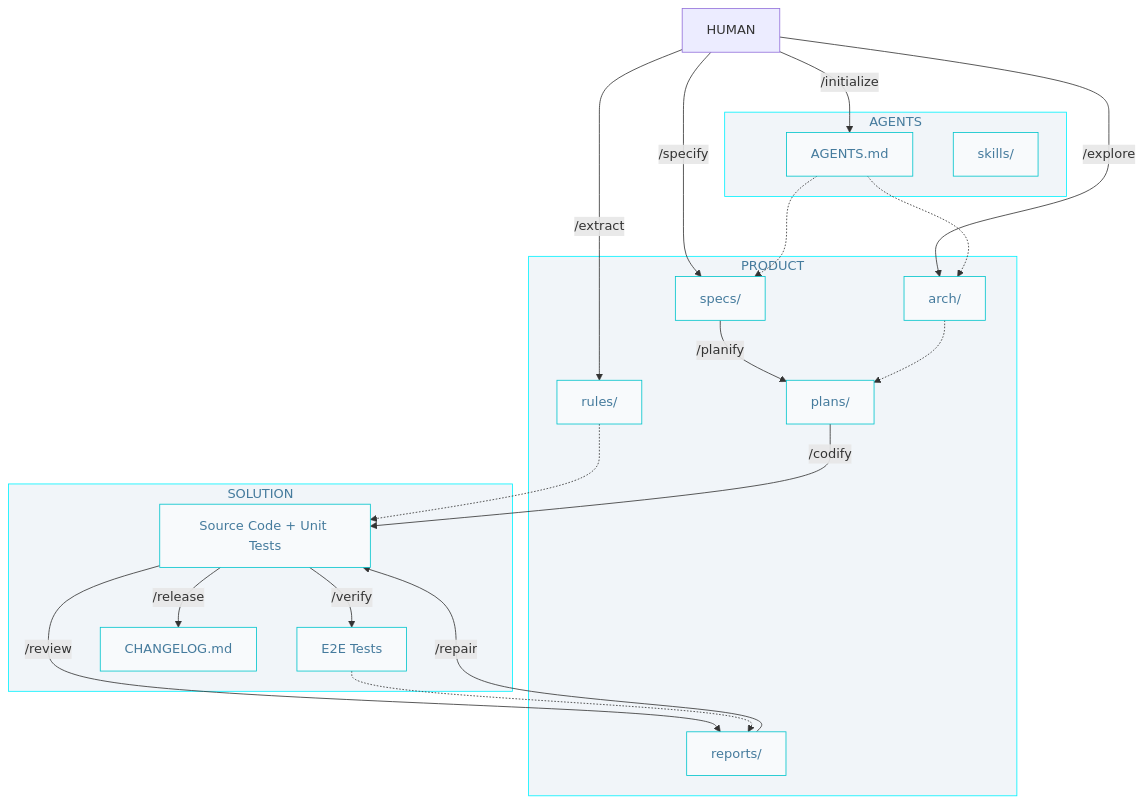
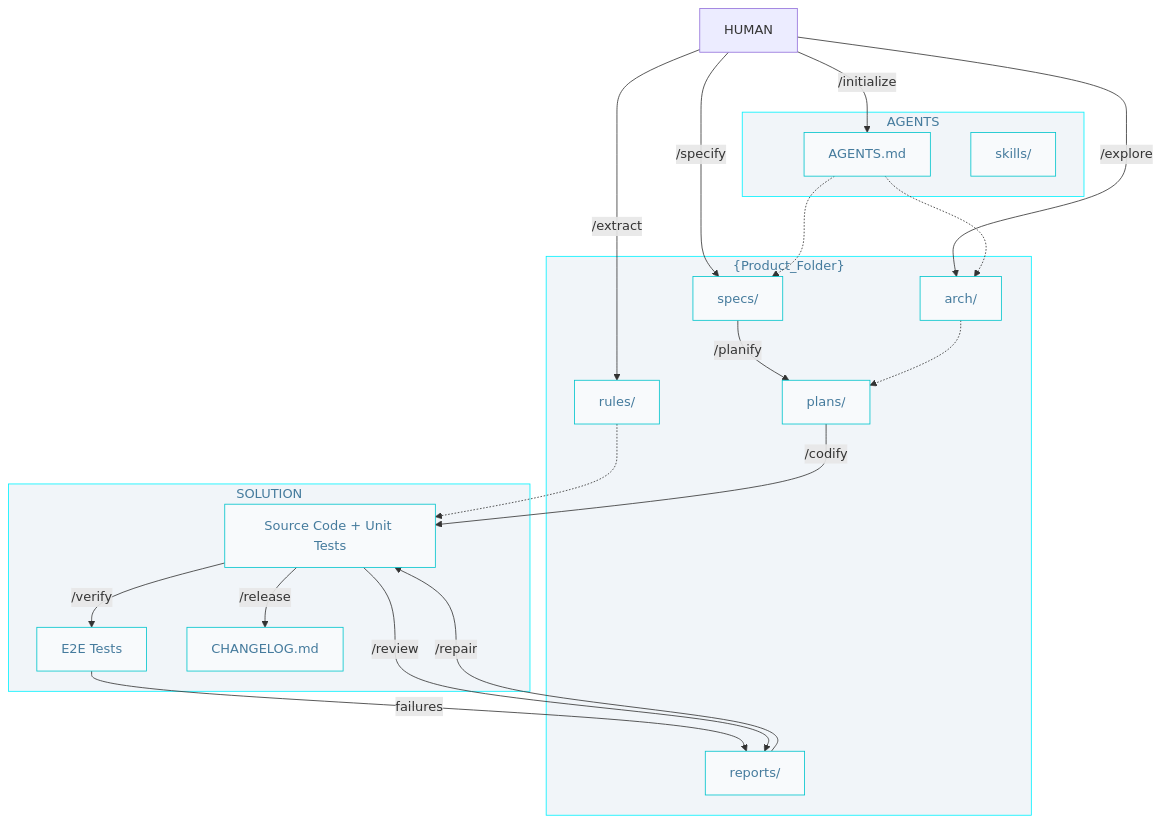
One commit to AIDDbot/AIDDbot changed the diagram in docs/AIDD.workflow.md. Above: the diagram before and after it, drawn with Mermaid. The commit also changed other lines of this file and 13 other files, not shown here.

````diff
--- a/docs/AIDD.workflow.md
+++ b/docs/AIDD.workflow.md
@@ -3,45 +3,45 @@
 ```mermaid
 flowchart TD
   classDef nd fill:#f8fafc,stroke:#00c4cc,color:#457b9d
   classDef sg fill:#f1f5f9,stroke:#00f2ff,color:#457b9d 
 
   HUM[HUMAN]
 
-  subgraph P["PRODUCT"]
+  subgraph P["{Product_Folder}"]
       SPC["specs/"]:::nd
       PLN["plans/"]:::nd
       RPT["reports/"]:::nd
       ARC["arch/"]:::nd
       RUL["rules/"]:::nd
   end
 
   subgraph A["AGENTS"]
       AGT["AGENTS.md"]:::nd
       SKL["skills/"]:::nd
   end  
 
   subgraph S["SOLUTION"]
       COD["Source Code + Unit Tests"]:::nd
       E2E["E2E Tests"]:::nd
       CHL["CHANGELOG.md"]:::nd
   end
 
   HUM -->|/initialize| AGT
   HUM -->|/explore| ARC
   HUM -->|/extract| RUL
   HUM -->|/specify| SPC
   AGT -.-> SPC  
   AGT -.-> ARC
   RUL -.-> COD  
   SPC -->|/planify| PLN
   ARC -.-> PLN
 
   PLN -->|/codify| COD
   COD -->|/verify| E2E
+  E2E -->|failures| RPT
   COD -->|/review| RPT
   RPT -->|/repair| COD
-  E2E -.-> RPT 
   COD -->|/release| CHL
 
   class P,A,S sg
 ```
````
